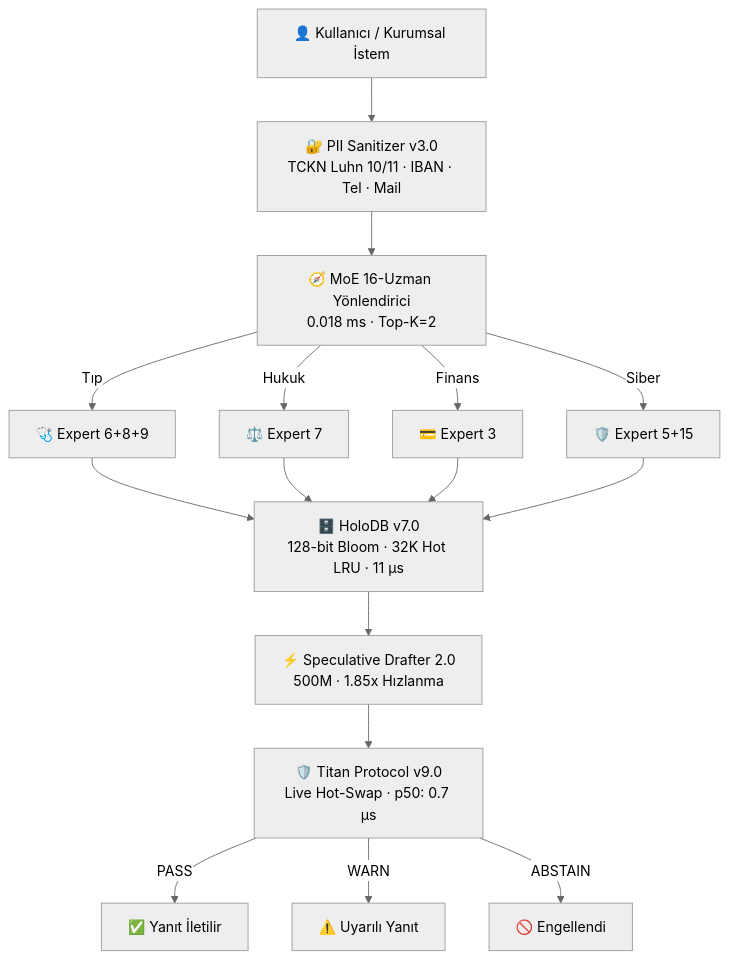
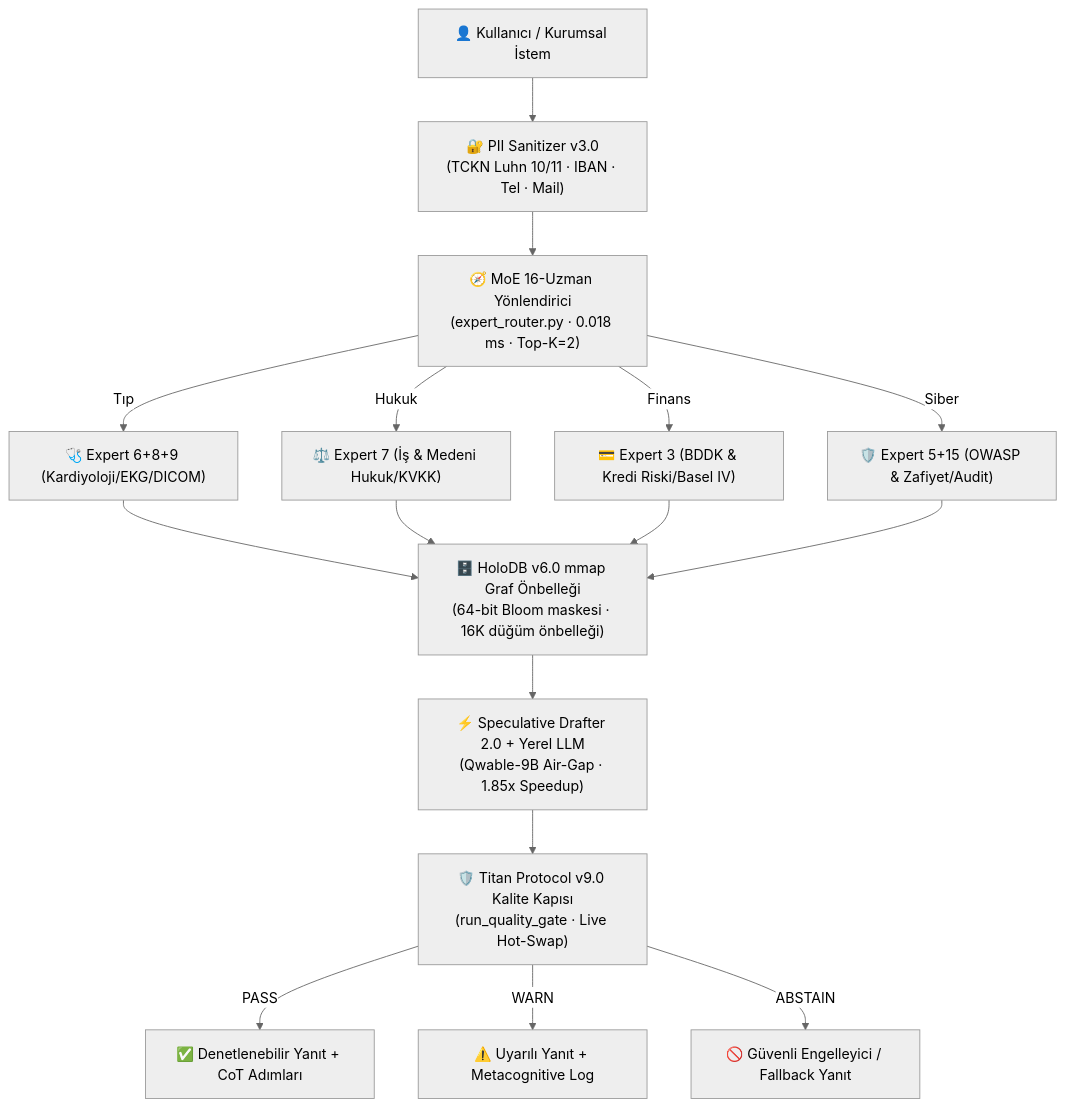
One commit to sakipfikrret/OmniEngine changed the diagram in WHITEPAPER.md. Above: the diagram before and after it, drawn with Mermaid (neutral theme). The commit also changed other lines of this file and 16 other files, not shown here.

````diff
--- a/WHITEPAPER.md
+++ b/WHITEPAPER.md
@@ -88,18 +99,22 @@
 ```mermaid
 graph TD
-    A["👤 Kullanıcı / Kurumsal İstem"] --> B["🔐 PII Sanitizer v3.0\nTCKN Luhn 10/11 · IBAN · Tel · Mail"]
-    B --> C["🧭 MoE 16-Uzman Yönlendirici\n0.018 ms · Top-K=2"]
-    C -->|Tıp| D1["🩺 Expert 6+8+9"]
-    C -->|Hukuk| D2["⚖️ Expert 7"]
-    C -->|Finans| D3["💳 Expert 3"]
-    C -->|Siber| D4["🛡️ Expert 5+15"]
-    D1 --> E["🗄️ HoloDB v7.0\n128-bit Bloom · 32K Hot LRU · 11 µs"]
+    A["👤 Kullanıcı / Kurumsal İstem"] --> B["🔐 PII Sanitizer v3.0\n(TCKN Luhn 10/11 · IBAN · Tel · Mail)"]
+    B --> C["🧭 MoE 16-Uzman Yönlendirici\n(expert_router.py · 0.018 ms · Top-K=2)"]
+    
+    C -->|Tıp| D1["🩺 Expert 6+8+9 (Kardiyoloji/EKG/DICOM)"]
+    C -->|Hukuk| D2["⚖️ Expert 7 (İş & Medeni Hukuk/KVKK)"]
+    C -->|Finans| D3["💳 Expert 3 (BDDK & Kredi Riski/Basel IV)"]
+    C -->|Siber| D4["🛡️ Expert 5+15 (OWASP & Zafiyet/Audit)"]
+    
+    D1 --> E["🗄️ HoloDB v6.0 mmap Graf Önbelleği\n(64-bit Bloom maskesi · 16K düğüm önbelleği)"]
     D2 --> E
     D3 --> E
     D4 --> E
-    E --> F["⚡ Speculative Drafter 2.0\n500M · 1.85x Hızlanma"]
-    F --> G["🛡️ Titan Protocol v9.0\nLive Hot-Swap · p50: 0.7 µs"]
-    G -->|PASS| H["✅ Yanıt İletilir"]
-    G -->|WARN| I["⚠️ Uyarılı Yanıt"]
-    G -->|ABSTAIN| J["🚫 Engellendi"]
+    
+    E --> F["⚡ Speculative Drafter 2.0 + Yerel LLM\n(Qwable-9B Air-Gap · 1.85x Speedup)"]
+    F --> G["🛡️ Titan Protocol v9.0 Kalite Kapısı\n(run_quality_gate · Live Hot-Swap)"]
+    
+    G -->|PASS| H["✅ Denetlenebilir Yanıt + CoT Adımları"]
+    G -->|WARN| I["⚠️ Uyarılı Yanıt + Metacognitive Log"]
+    G -->|ABSTAIN| J["🚫 Güvenli Engelleyici / Fallback Yanıt"]
 ```
````
